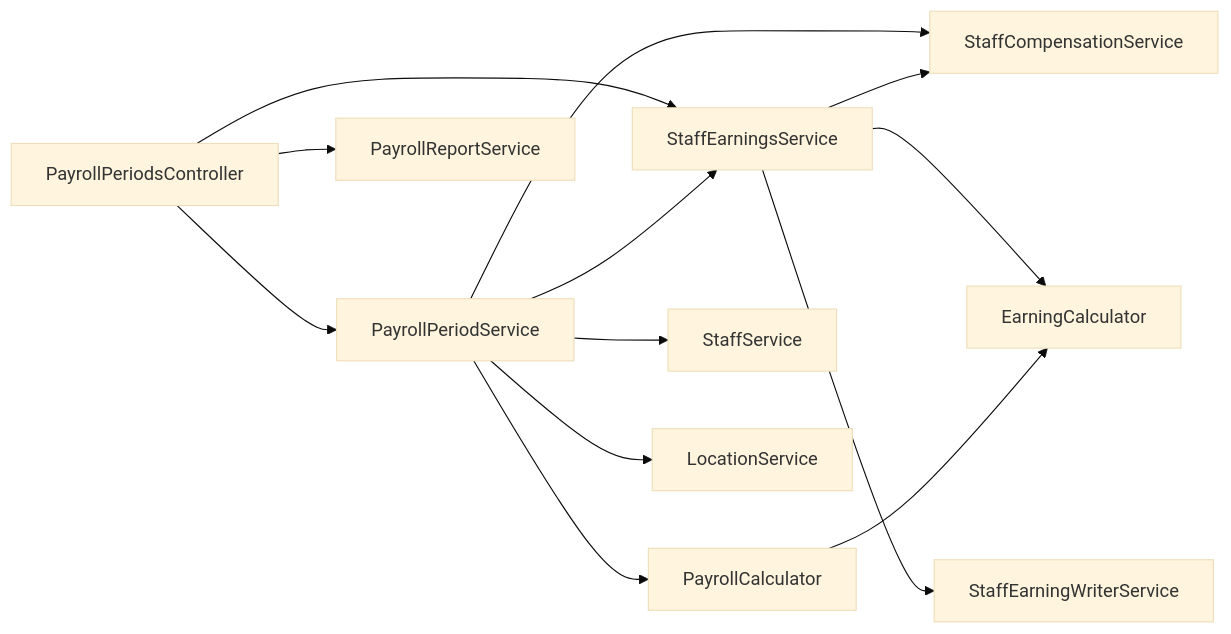
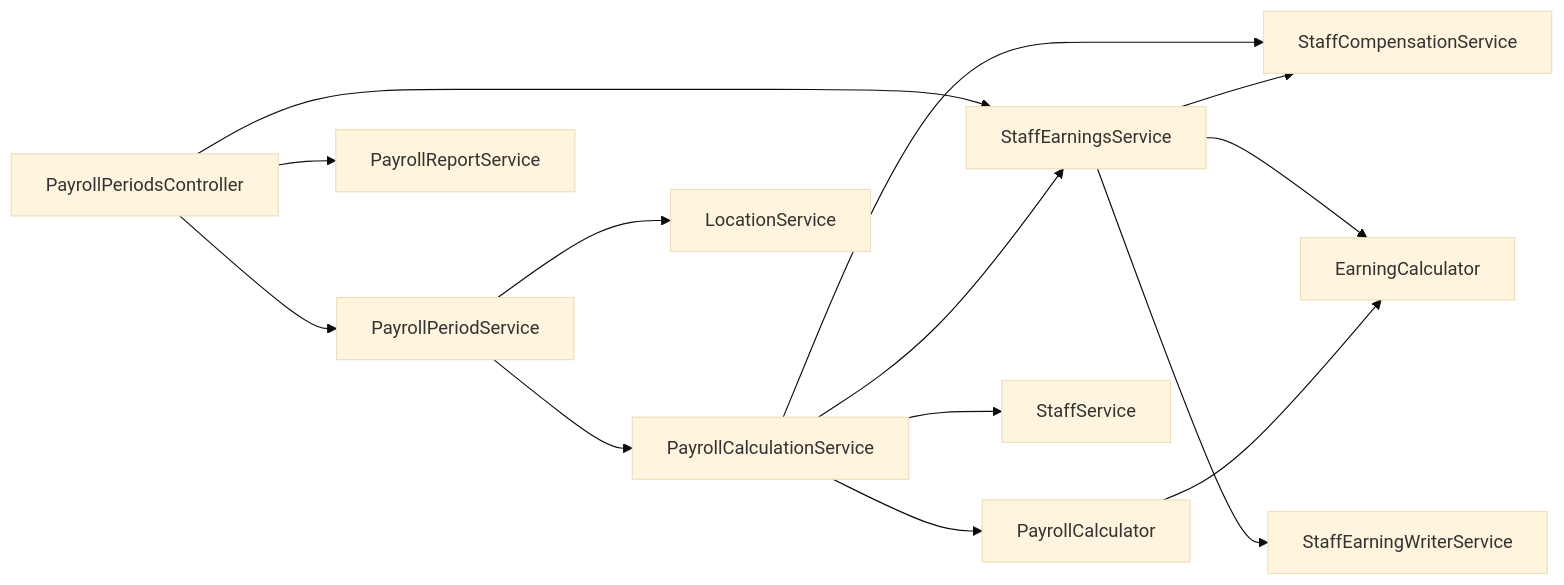
Before and after one commit to pavelnagorsky/crm-core: the sixth of 7 diagrams in docs/architecture/flows.md, drawn with Mermaid (base theme). The commit also changed other lines of this file and 13 other files, not shown here.

````diff
--- a/docs/architecture/flows.md
+++ b/docs/architecture/flows.md
@@ -122,17 +135,18 @@
 ```mermaid
 flowchart LR
   PayrollPeriodsController --> PayrollPeriodService
   PayrollPeriodsController --> PayrollReportService
   PayrollPeriodsController --> StaffEarningsService
 
-  PayrollPeriodService --> StaffEarningsService
-  PayrollPeriodService --> StaffCompensationService
-  PayrollPeriodService --> PayrollCalculator
-  PayrollPeriodService --> StaffService
+  PayrollPeriodService --> PayrollCalculationService
+  PayrollCalculationService --> StaffEarningsService
+  PayrollCalculationService --> StaffCompensationService
+  PayrollCalculationService --> PayrollCalculator
+  PayrollCalculationService --> StaffService
   PayrollPeriodService --> LocationService
 
   StaffEarningsService --> StaffCompensationService
   StaffEarningsService --> EarningCalculator
   StaffEarningsService --> StaffEarningWriterService
   PayrollCalculator --> EarningCalculator
 ```
````
